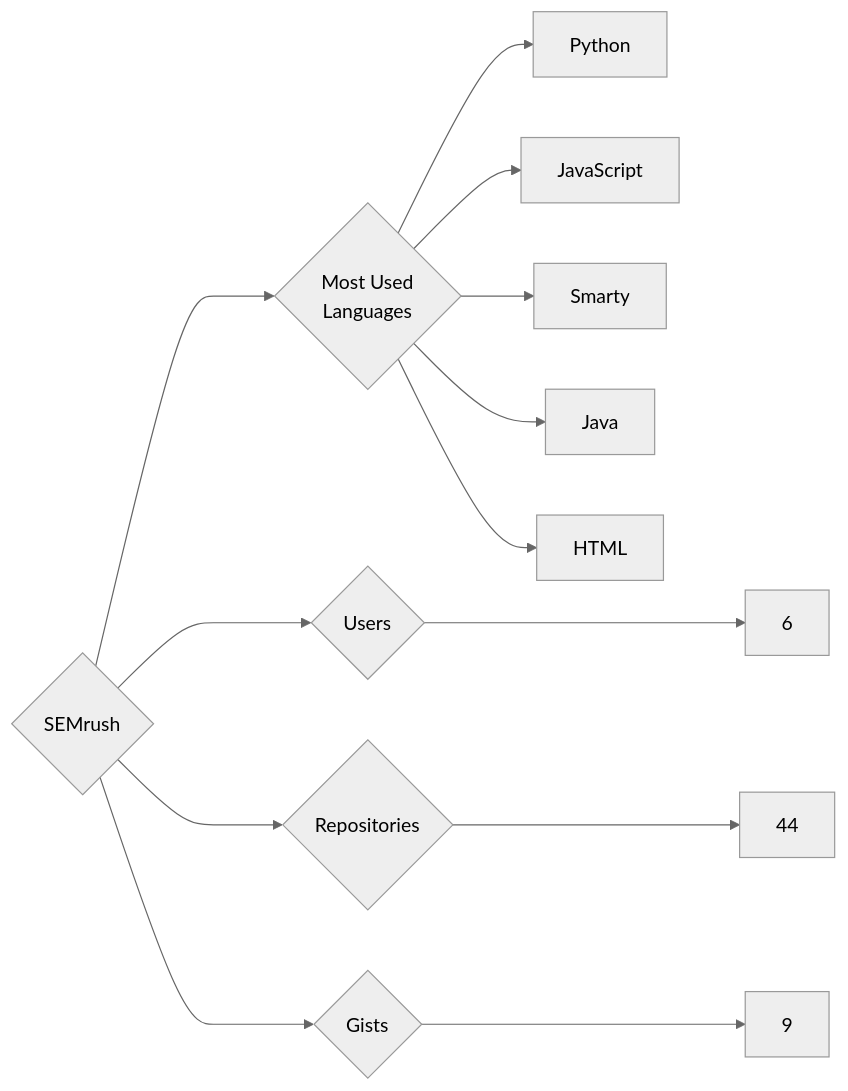
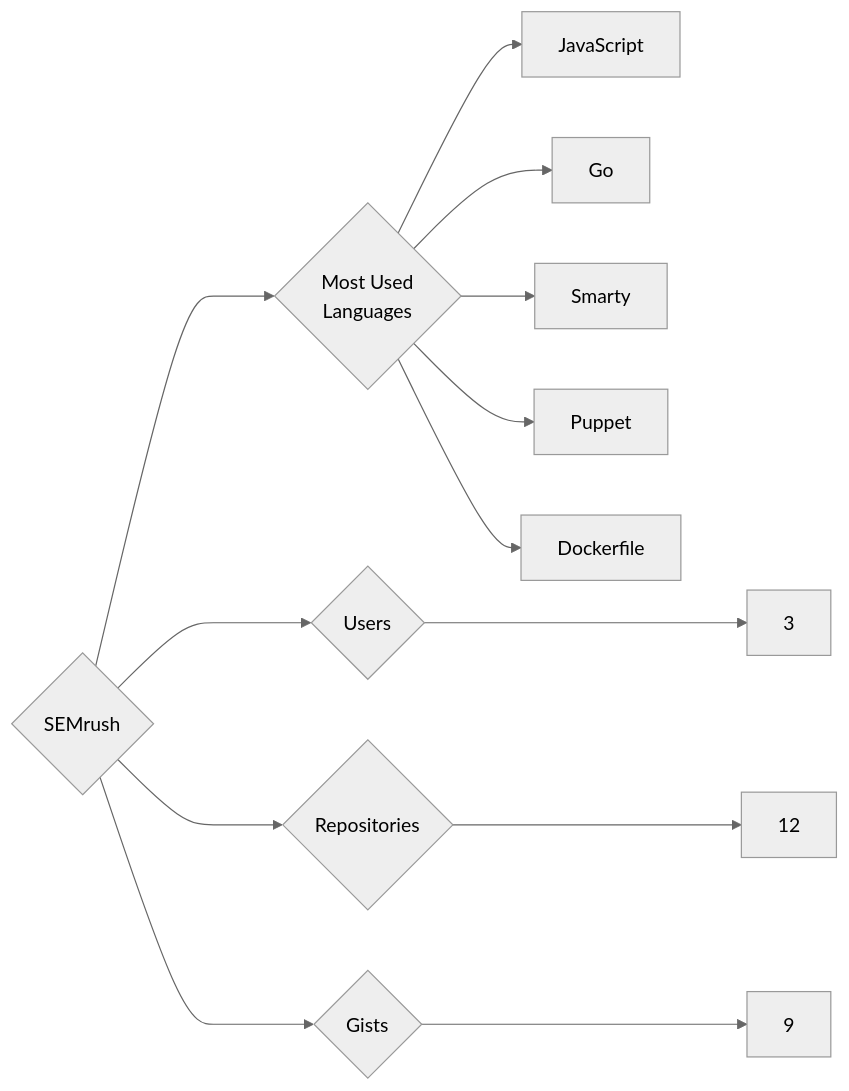
Before and after one commit to trickest/insiders: the diagram in targets/SEMrush/README.md, drawn with Mermaid (neutral theme). The commit also changed 829 other files, not shown here.

````diff
--- a/targets/SEMrush/README.md
+++ b/targets/SEMrush/README.md
@@ -3,13 +3,13 @@
 ```mermaid
 graph LR
 COMPANY_NAME{SEMrush}
-COMPANY_NAME ---> U{Users} ---> UN[6]
-COMPANY_NAME ---> R{Repositories} ---> RN[44]
+COMPANY_NAME ---> U{Users} ---> UN[3]
+COMPANY_NAME ---> R{Repositories} ---> RN[12]
 COMPANY_NAME ---> G{Gists} ---> GN[9]
 COMPANY_NAME ---> ML{Most Used<br>Languages}
-ML --> Python[Python]
 ML --> JavaScript[JavaScript]
+ML --> Go[Go]
 ML --> Smarty[Smarty]
-ML --> Java[Java]
-ML --> HTML[HTML]
+ML --> Puppet[Puppet]
+ML --> Dockerfile[Dockerfile]
 ```
````
